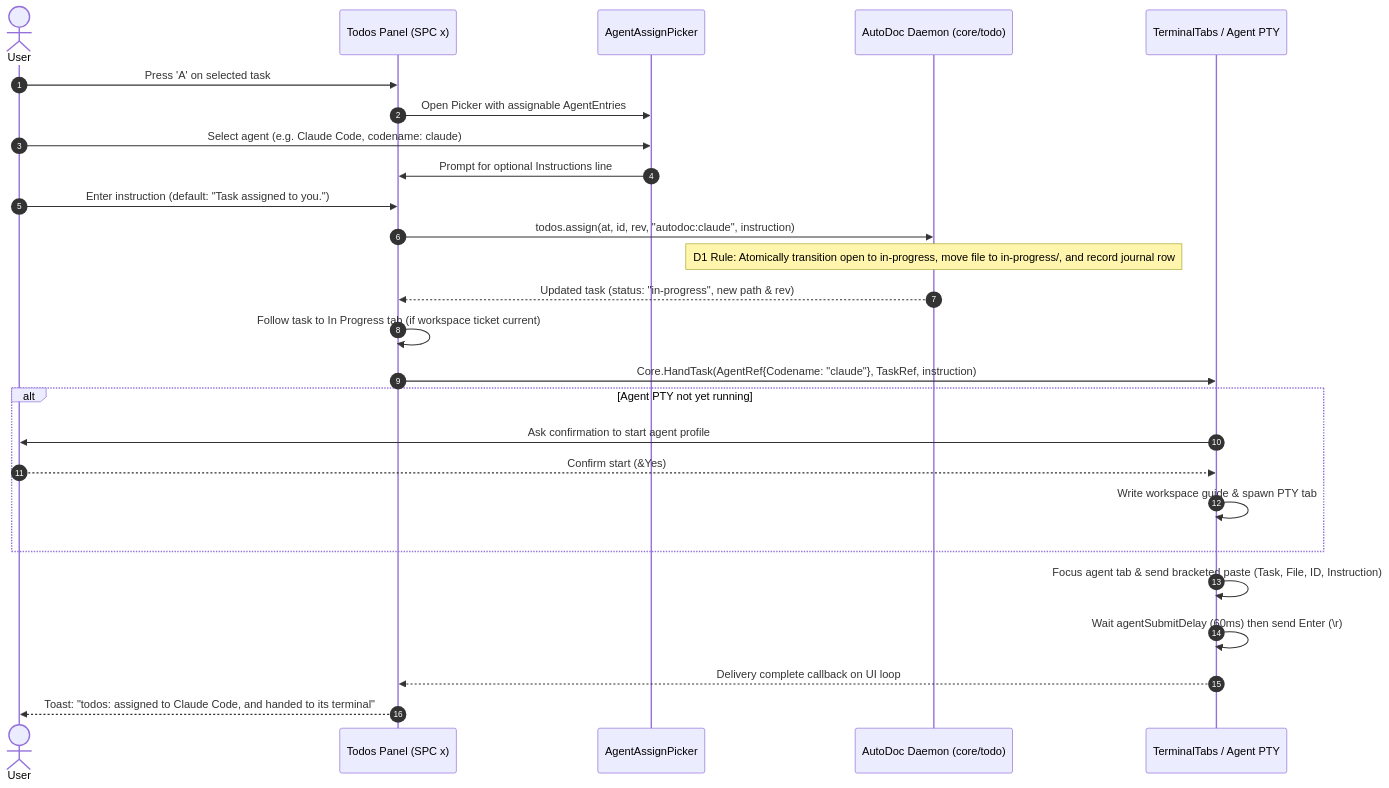
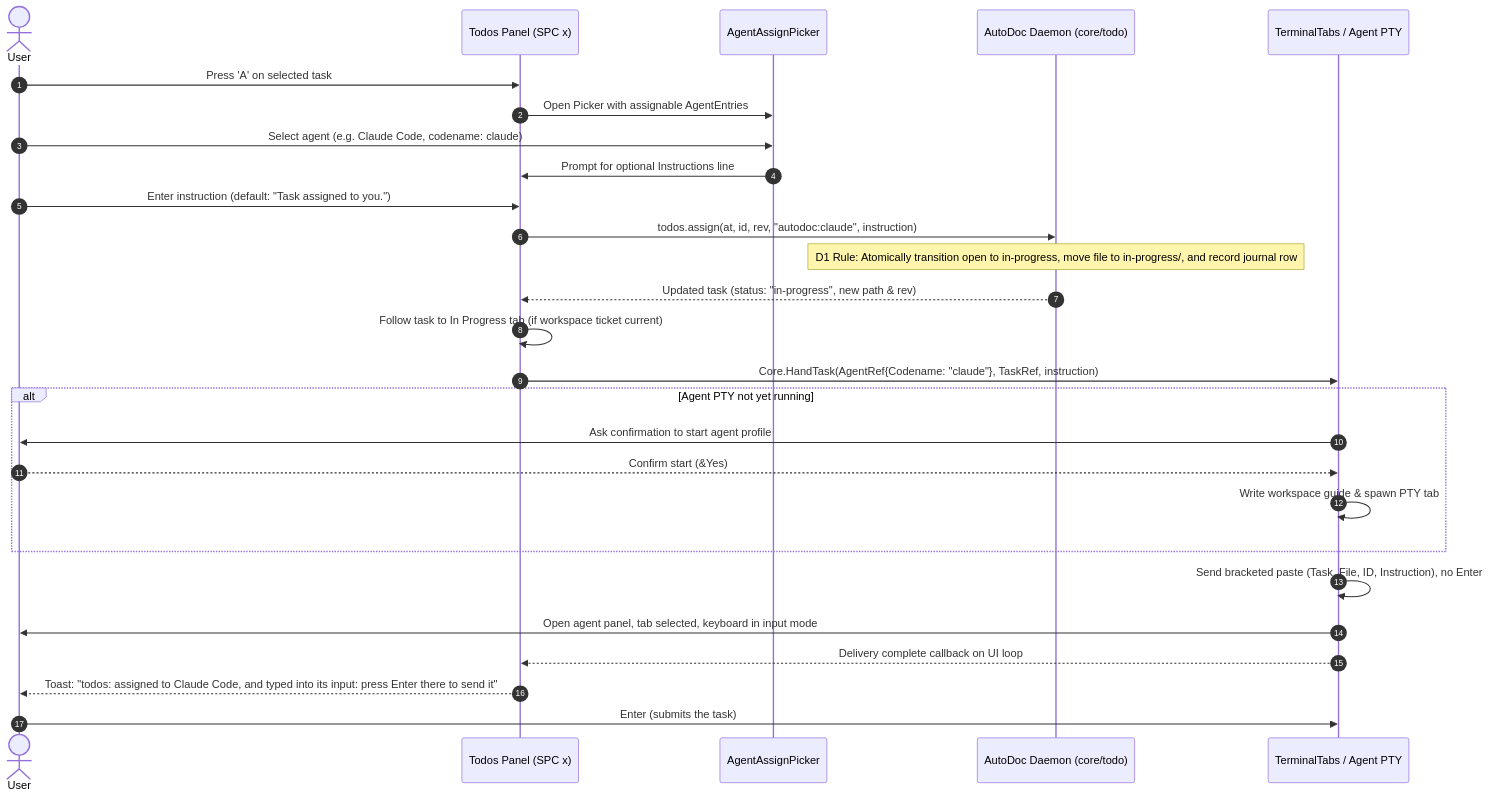
The diagram in docs/reference/11-terminal-tabs-and-agent-handoff/agent-handoff-sequence.mmd (yongjohnlee80/autodoc), drawn with Mermaid before and after one commit. The commit also changed 21 other files, not shown here.

```diff
--- a/docs/reference/11-terminal-tabs-and-agent-handoff/agent-handoff-sequence.mmd
+++ b/docs/reference/11-terminal-tabs-and-agent-handoff/agent-handoff-sequence.mmd
@@ -1,27 +1,28 @@
 sequenceDiagram
     autonumber
     actor User
     participant Todos as Todos Panel (SPC x)
     participant Picker as AgentAssignPicker
     participant Daemon as AutoDoc Daemon (core/todo)
     participant Agents as TerminalTabs / Agent PTY
 
     User->>Todos: Press 'A' on selected task
     Todos->>Picker: Open Picker with assignable AgentEntries
     User->>Picker: Select agent (e.g. Claude Code, codename: claude)
     Picker->>Todos: Prompt for optional Instructions line
     User->>Todos: Enter instruction (default: "Task assigned to you.")
     Todos->>Daemon: todos.assign(at, id, rev, "autodoc:claude", instruction)
     Note over Daemon: D1 Rule: Atomically transition open to in-progress, move file to in-progress/, and record journal row
     Daemon-->>Todos: Updated task (status: "in-progress", new path & rev)
     Todos->>Todos: Follow task to In Progress tab (if workspace ticket current)
     Todos->>Agents: Core.HandTask(AgentRef{Codename: "claude"}, TaskRef, instruction)
     alt Agent PTY not yet running
         Agents->>User: Ask confirmation to start agent profile
         User-->>Agents: Confirm start (&Yes)
         Agents->>Agents: Write workspace guide & spawn PTY tab
     end
-    Agents->>Agents: Focus agent tab & send bracketed paste (Task, File, ID, Instruction)
-    Agents->>Agents: Wait agentSubmitDelay (60ms) then send Enter (\r)
+    Agents->>Agents: Send bracketed paste (Task, File, ID, Instruction), no Enter
+    Agents->>User: Open agent panel, tab selected, keyboard in input mode
     Agents-->>Todos: Delivery complete callback on UI loop
-    Todos-->>User: Toast: "todos: assigned to Claude Code, and handed to its terminal"
+    Todos-->>User: Toast: "todos: assigned to Claude Code, and typed into its input: press Enter there to send it"
+    User->>Agents: Enter (submits the task)
```
